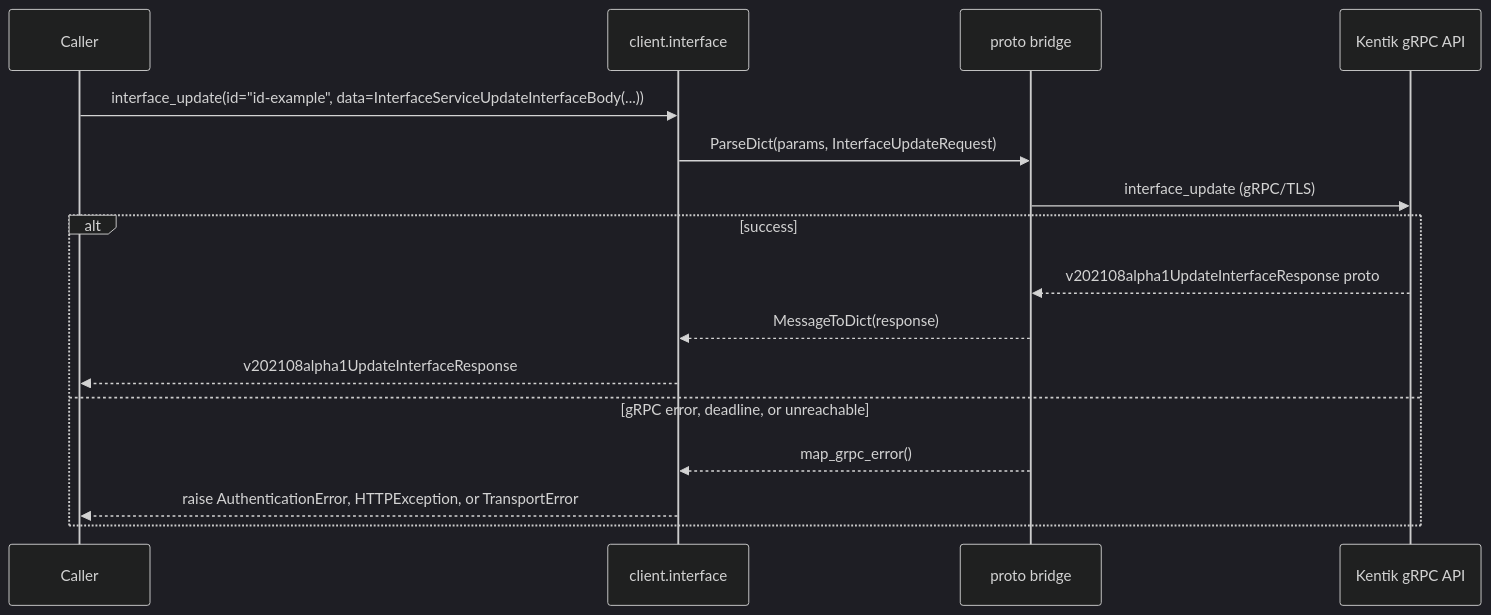
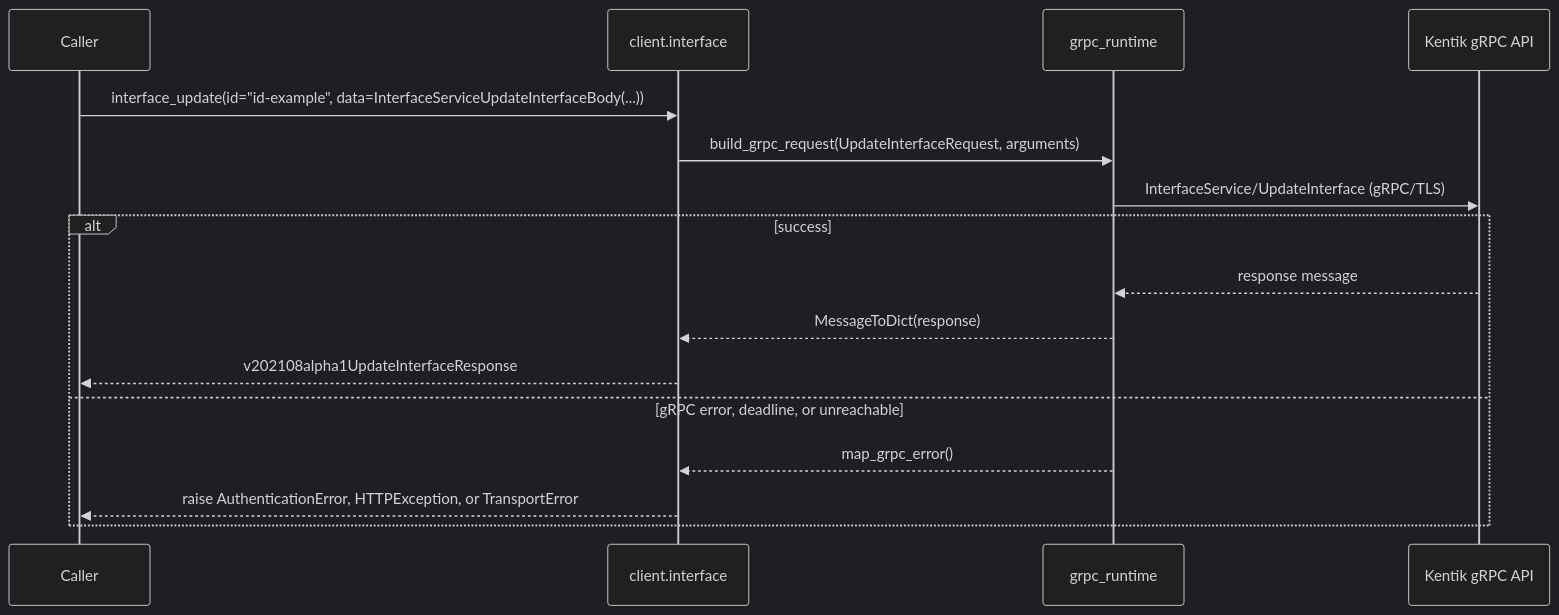
One commit to alexdearaujo/community_sdk_python changed the ninth of 14 diagrams in docs/sphinx/services/interface.md. Above: the diagram before and after it, drawn with Mermaid (dark theme). The commit also changed other lines of this file and 37 other files, not shown here.

First line of the commit message:
docs: show the real RPC in each service page's gRPC diagram

````diff
--- a/docs/sphinx/services/interface.md
+++ b/docs/sphinx/services/interface.md
@@ -291,19 +291,19 @@
 ```mermaid
 sequenceDiagram
     participant C as Caller
     participant W as client.interface
-    participant B as proto bridge
+    participant R as grpc_runtime
     participant API as Kentik gRPC API
 
     C->>W: interface_update(id="id-example", data=InterfaceServiceUpdateInterfaceBody(...))
-    W->>B: ParseDict(params, InterfaceUpdateRequest)
-    B->>API: interface_update (gRPC/TLS)
+    W->>R: build_grpc_request(UpdateInterfaceRequest, arguments)
+    R->>API: InterfaceService/UpdateInterface (gRPC/TLS)
     alt success
-        API-->>B: v202108alpha1UpdateInterfaceResponse proto
-        B-->>W: MessageToDict(response)
+        API-->>R: response message
+        R-->>W: MessageToDict(response)
         W-->>C: v202108alpha1UpdateInterfaceResponse
     else gRPC error, deadline, or unreachable
-        B-->>W: map_grpc_error()
+        R-->>W: map_grpc_error()
         W-->>C: raise AuthenticationError, HTTPException, or TransportError
     end
 ```
````
